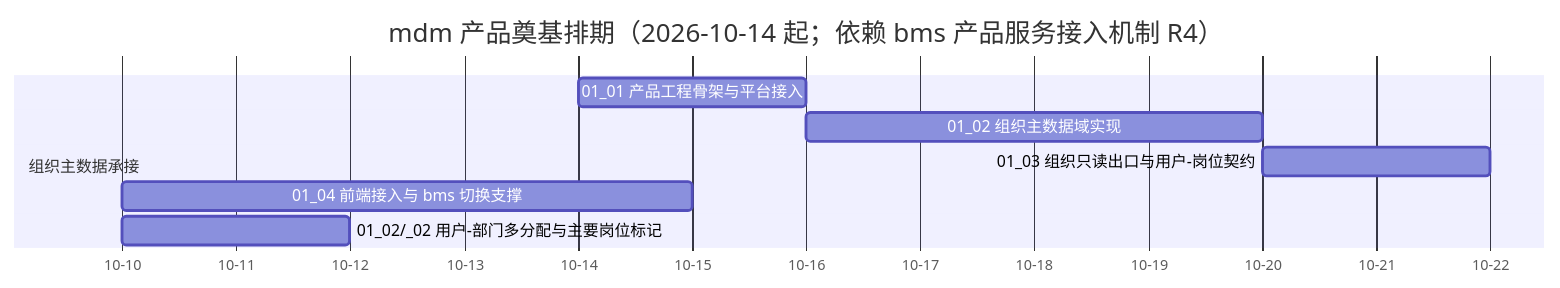
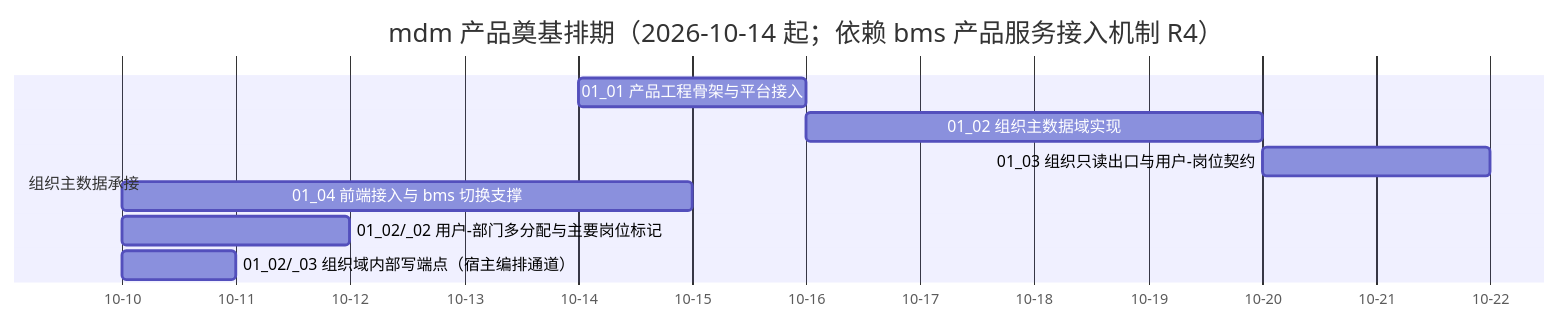
One commit to minjian123/master-data-management changed the diagram in mdm文档/项目/01_mdm 产品奠基/计划/01_计划_mdm产品奠基.md. Above: the diagram before and after it, drawn with Mermaid. The commit also changed other lines of this file and 2 other files, not shown here.

Commit message:
docs(01_02): 追加 _03 组织域内部写端点子任务（宿主编排通道）

````diff
--- a/mdm文档/项目/01_mdm 产品奠基/计划/01_计划_mdm产品奠基.md
+++ b/mdm文档/项目/01_mdm 产品奠基/计划/01_计划_mdm产品奠基.md
@@ -35,12 +35,13 @@
 ```mermaid
 gantt
     title mdm 产品奠基排期（2026-10-14 起；依赖 bms 产品服务接入机制 R4）
     dateFormat  YYYY-MM-DD
     axisFormat %m-%d
     section 组织主数据承接
     01_01 产品工程骨架与平台接入 :m0101, 2026-10-14, 2d
     01_02 组织主数据域实现 :m0102, 2026-10-16, 4d
     01_03 组织只读出口与用户-岗位契约 :m0103, 2026-10-20, 2d
     01_04 前端接入与 bms 切换支撑 :m0104, 2026-10-10, 5d
     01_02/_02 用户-部门多分配与主要岗位标记 :m0102b, 2026-10-10, 2d
+    01_02/_03 组织域内部写端点（宿主编排通道） :m0102c, 2026-10-10, 1d
 ```
````
